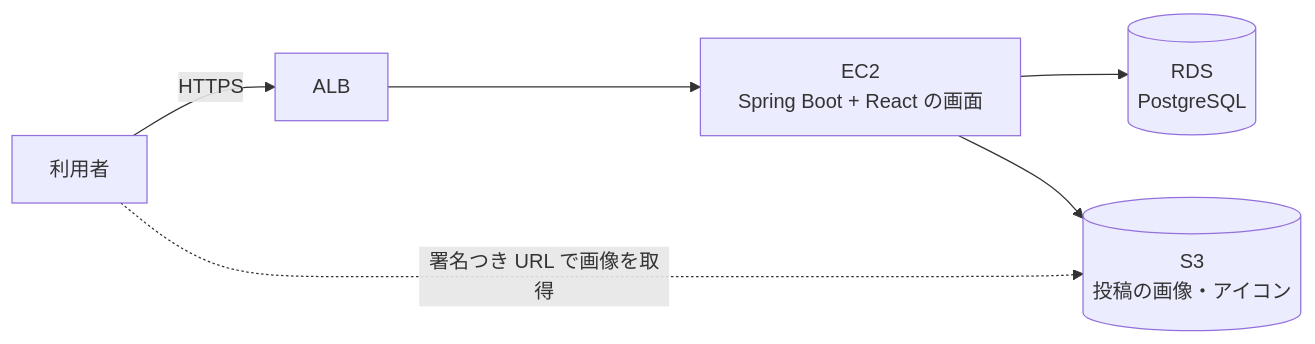
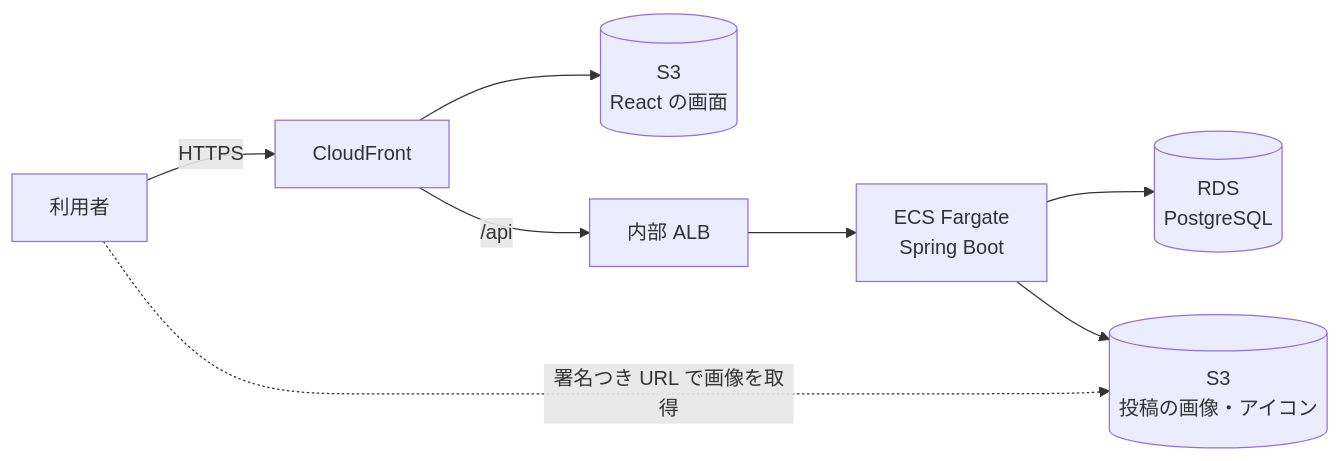
Before and after one commit to major182/RaiseTimeline: the first of 2 diagrams in docs/01_requirements.md, drawn with Mermaid. The commit also changed other lines of this file and 6 other files, not shown here.

Commit message:
デプロイの構成を CloudFront・S3・ALB・ECS Fargate・RDS に変更 (#98)

````diff
--- a/docs/01_requirements.md
+++ b/docs/01_requirements.md
@@ -86,8 +86,10 @@
 ```mermaid
 flowchart LR
-    U[利用者] -->|HTTPS| ALB[ALB]
-    ALB --> EC2[EC2<br/>Spring Boot + React の画面]
-    EC2 --> RDS[(RDS<br/>PostgreSQL)]
-    EC2 --> S3[(S3<br/>投稿の画像・アイコン)]
+    U[利用者] -->|HTTPS| CF[CloudFront]
+    CF --> WEB[(S3<br/>React の画面)]
+    CF -->|/api| ALB[内部 ALB]
+    ALB --> APP[ECS Fargate<br/>Spring Boot]
+    APP --> RDS[(RDS<br/>PostgreSQL)]
+    APP --> S3[(S3<br/>投稿の画像・アイコン)]
     U -.->|署名つき URL で画像を取得| S3
 ```
````
